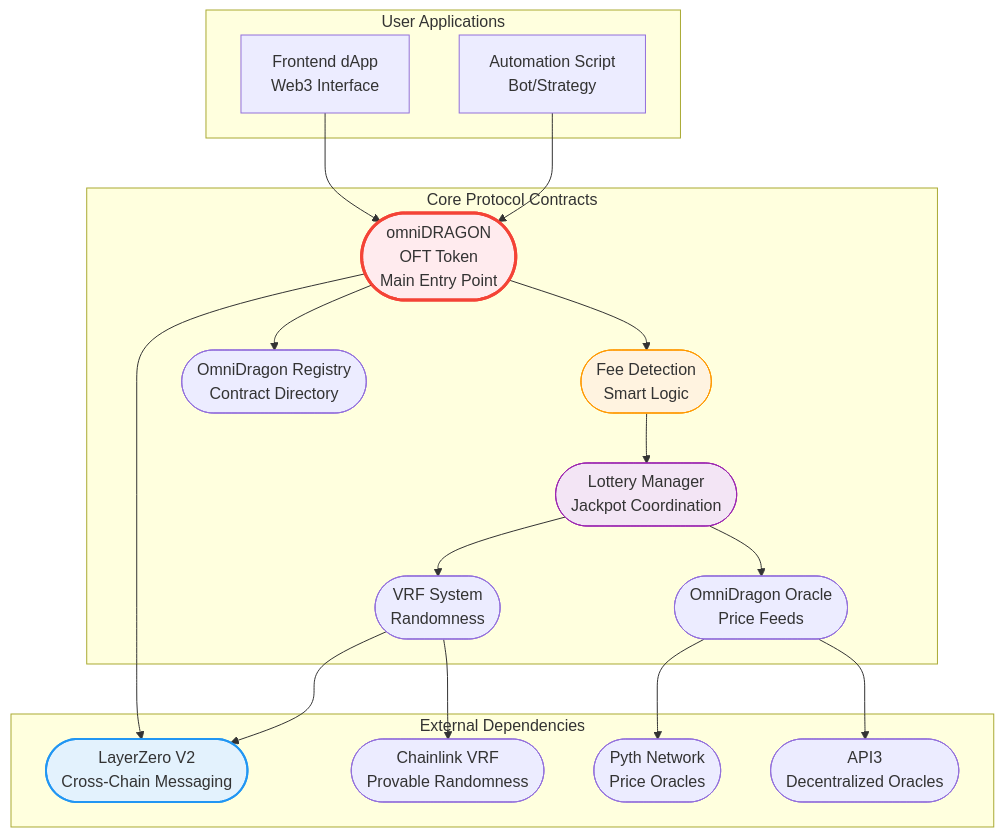
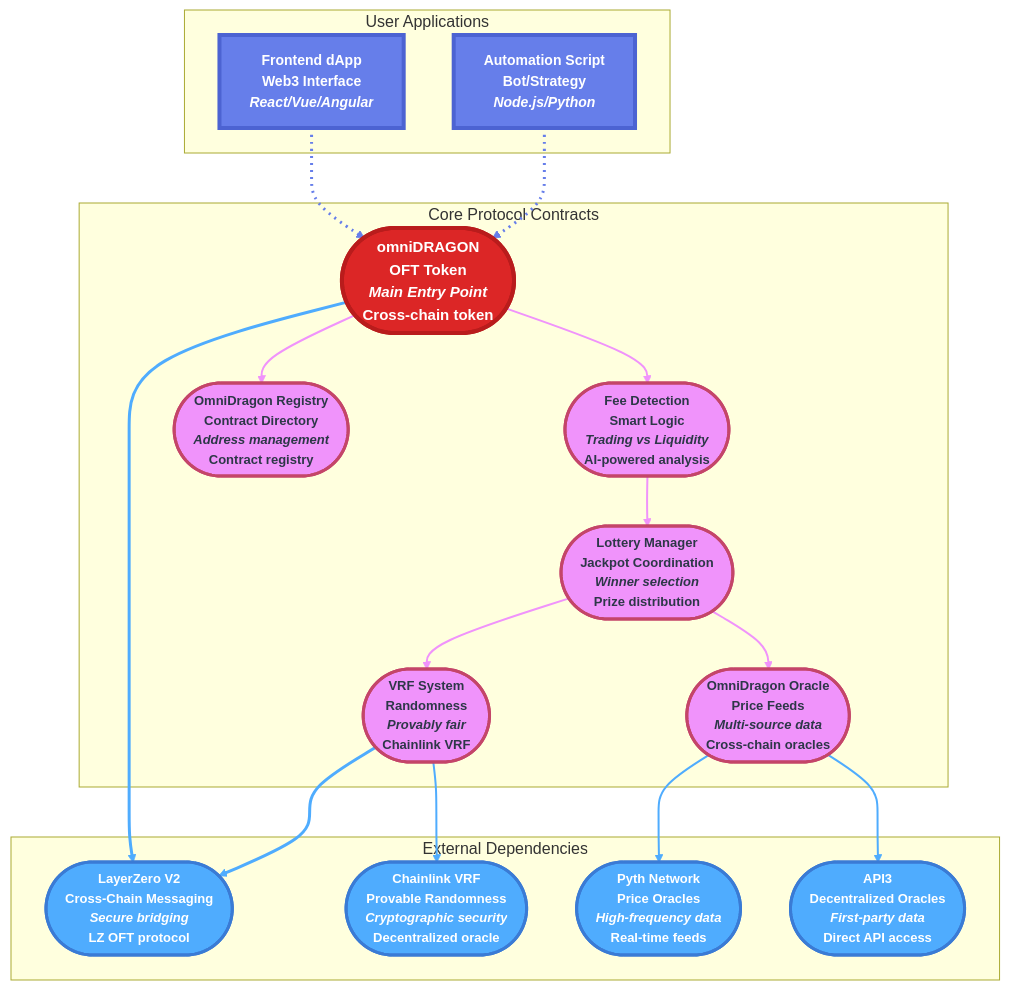
Before and after one commit to omnidragon-io/docs: the fifth of 11 diagrams in docs/diagrams.md, drawn with Mermaid. The commit also changed other lines of this file, not shown here.

First line of the commit message:
docs: upgrade all Mermaid diagrams with beautiful professional styling

````diff
--- a/docs/diagrams.md
+++ b/docs/diagrams.md
@@ -160,45 +206,54 @@
 ```mermaid
 graph TD
+    %% Define beautiful styling classes for contract dependencies
+    classDef userApps fill:#667eea,stroke:#4c63d2,stroke-width:4px,color:#ffffff,font-weight:bold,font-size:14px,shadow:lg
+    classDef coreContracts fill:#f093fb,stroke:#c44569,stroke-width:3px,color:#2d3748,font-weight:bold,font-size:13px,shadow:lg
+    classDef externalDeps fill:#4facfe,stroke:#3a7bd5,stroke-width:3px,color:#ffffff,font-weight:bold,font-size:13px,shadow:lg
+    classDef mainEntry fill:#dc2626,stroke:#b91c1c,stroke-width:4px,color:#ffffff,font-weight:bold,font-size:15px,shadow:xl
+
     subgraph "User Applications"
-        DAPP[Frontend dApp<br/>Web3 Interface]
-        SCRIPT[Automation Script<br/>Bot/Strategy]
+        DAPP[<b>Frontend dApp</b><br/>Web3 Interface<br/><i>React/Vue/Angular</i>]:::userApps
+        SCRIPT[<b>Automation Script</b><br/>Bot/Strategy<br/><i>Node.js/Python</i>]:::userApps
     end
 
     subgraph "Core Protocol Contracts"
-        DRAGON([omniDRAGON<br/>OFT Token<br/>Main Entry Point])
-        FEESYS([Fee Detection<br/>Smart Logic])
-        LOTTERY([Lottery Manager<br/>Jackpot Coordination])
-        REGISTRY([OmniDragon Registry<br/>Contract Directory])
-        ORACLE([OmniDragon Oracle<br/>Price Feeds])
-        VRF([VRF System<br/>Randomness])
+        DRAGON([<b>omniDRAGON</b><br/>OFT Token<br/><i>Main Entry Point</i><br/>Cross-chain token]):::mainEntry
+        FEESYS([<b>Fee Detection</b><br/>Smart Logic<br/><i>Trading vs Liquidity</i><br/>AI-powered analysis]):::coreContracts
+        LOTTERY([<b>Lottery Manager</b><br/>Jackpot Coordination<br/><i>Winner selection</i><br/>Prize distribution]):::coreContracts
+        REGISTRY([<b>OmniDragon Registry</b><br/>Contract Directory<br/><i>Address management</i><br/>Contract registry]):::coreContracts
+        ORACLE([<b>OmniDragon Oracle</b><br/>Price Feeds<br/><i>Multi-source data</i><br/>Cross-chain oracles]):::coreContracts
+        VRF([<b>VRF System</b><br/>Randomness<br/><i>Provably fair</i><br/>Chainlink VRF]):::coreContracts
     end
 
     subgraph "External Dependencies"
-        LZ([LayerZero V2<br/>Cross-Chain Messaging])
-        CHAINLINK([Chainlink VRF<br/>Provable Randomness])
-        PYTH([Pyth Network<br/>Price Oracles])
-        API3([API3<br/>Decentralized Oracles])
+        LZ([<b>LayerZero V2</b><br/>Cross-Chain Messaging<br/><i>Secure bridging</i><br/>LZ OFT protocol]):::externalDeps
+        CHAINLINK([<b>Chainlink VRF</b><br/>Provable Randomness<br/><i>Cryptographic security</i><br/>Decentralized oracle]):::externalDeps
+        PYTH([<b>Pyth Network</b><br/>Price Oracles<br/><i>High-frequency data</i><br/>Real-time feeds]):::externalDeps
+        API3([<b>API3</b><br/>Decentralized Oracles<br/><i>First-party data</i><br/>Direct API access]):::externalDeps
     end
 
+    %% Connection flows with enhanced styling
     DAPP --> DRAGON
     SCRIPT --> DRAGON
 
     DRAGON --> FEESYS
     DRAGON --> REGISTRY
 
     FEESYS --> LOTTERY
     LOTTERY --> VRF
     LOTTERY --> ORACLE
 
     VRF --> CHAINLINK
     ORACLE --> PYTH
     ORACLE --> API3
 
     DRAGON --> LZ
     VRF --> LZ
 
-    style DRAGON fill:#ffebee,stroke:#f44336,stroke-width:3px
-    style FEESYS fill:#fff3e0,stroke:#ff9800
-    style LOTTERY fill:#f3e5f5,stroke:#9c27b0
-    style LZ fill:#e3f2fd,stroke:#2196f3,stroke-width:2px
+    %% Enhanced link styling with different colors for different flows
+    linkStyle 0,1 stroke:#667eea,stroke-width:3px,stroke-dasharray: 2 5
+    linkStyle 2,3 stroke:#f093fb,stroke-width:2px,stroke-dasharray: none
+    linkStyle 4,5,6 stroke:#f093fb,stroke-width:2px,stroke-dasharray: none
+    linkStyle 7,8,9 stroke:#4facfe,stroke-width:2px,stroke-dasharray: none
+    linkStyle 10,11 stroke:#4facfe,stroke-width:3px,stroke-dasharray: none
 ```
````
